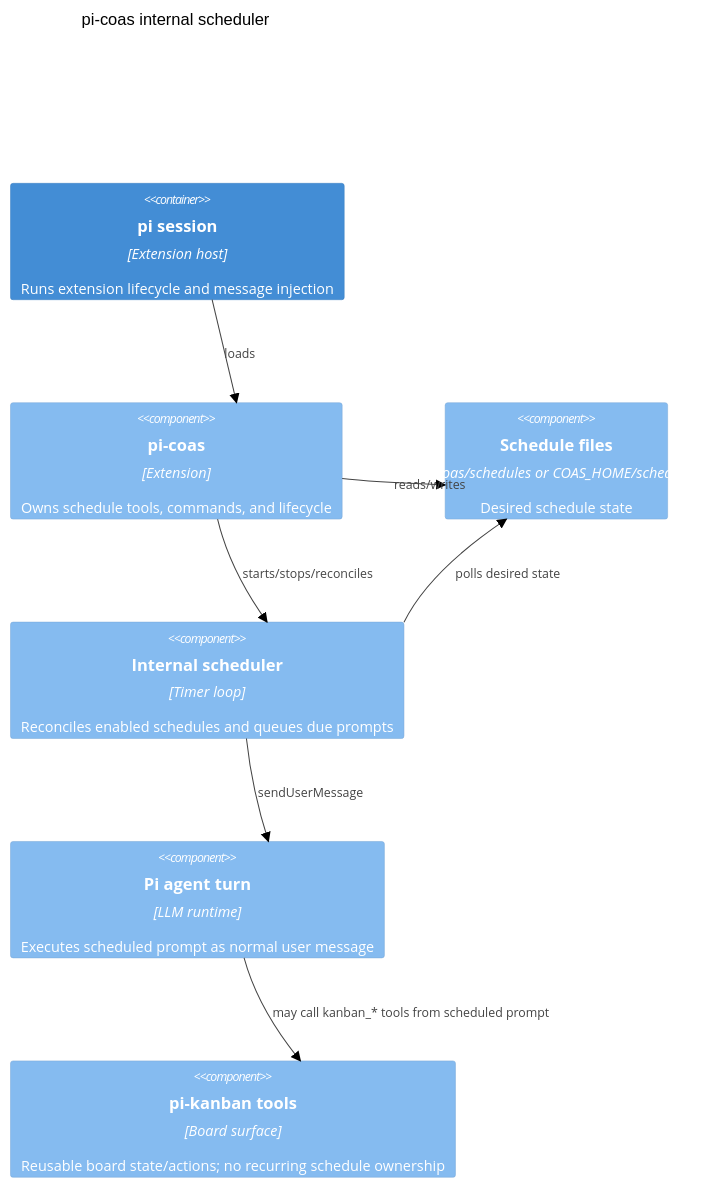
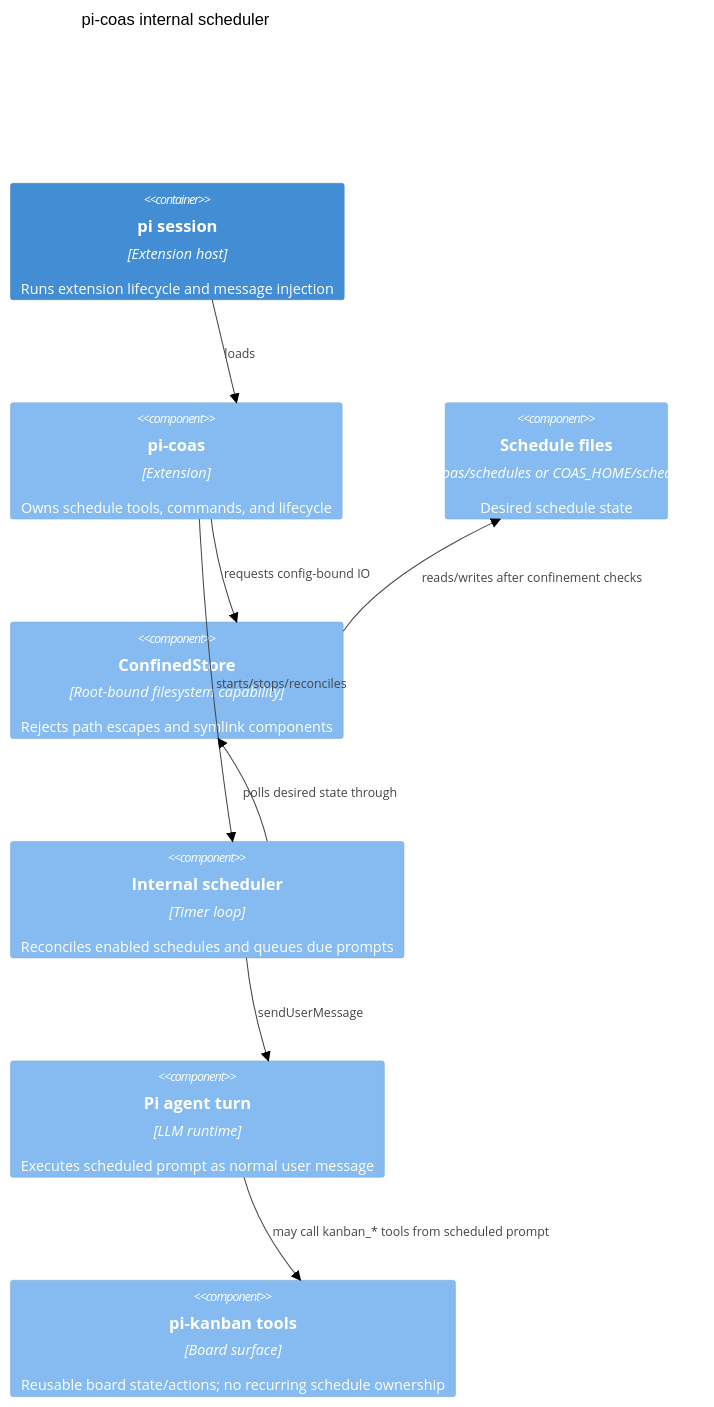
Before and after one commit to tS7hKamAYL84j91/pi-tools-and-skills: diagram 19 of 21 in docs/architecture.md, drawn with Mermaid (forest theme). The commit also changed other lines of this file and 139 other files, not shown here.

````diff
--- a/docs/architecture.md
+++ b/docs/architecture.md
@@ -589,16 +664,18 @@
 ```mermaid
 C4Component
     title pi-coas internal scheduler
     Container(pi, "pi session", "Extension host", "Runs extension lifecycle and message injection")
     Component(coas, "pi-coas", "Extension", "Owns schedule tools, commands, and lifecycle")
     Component(files, "Schedule files", ".pi/coas/schedules or COAS_HOME/schedules", "Desired schedule state")
+    Component(store, "ConfinedStore", "Root-bound filesystem capability", "Rejects path escapes and symlink components")
     Component(scheduler, "Internal scheduler", "Timer loop", "Reconciles enabled schedules and queues due prompts")
     Component(agent, "Pi agent turn", "LLM runtime", "Executes scheduled prompt as normal user message")
     Component(kanban, "pi-kanban tools", "Board surface", "Reusable board state/actions; no recurring schedule ownership")
     Rel(pi, coas, "loads")
-    Rel(coas, files, "reads/writes")
+    Rel(coas, store, "requests config-bound IO")
+    Rel(store, files, "reads/writes after confinement checks")
     Rel(coas, scheduler, "starts/stops/reconciles")
-    Rel(scheduler, files, "polls desired state")
+    Rel(scheduler, store, "polls desired state through")
     Rel(scheduler, agent, "sendUserMessage")
     Rel(agent, kanban, "may call kanban_* tools from scheduled prompt")
 ```
````
